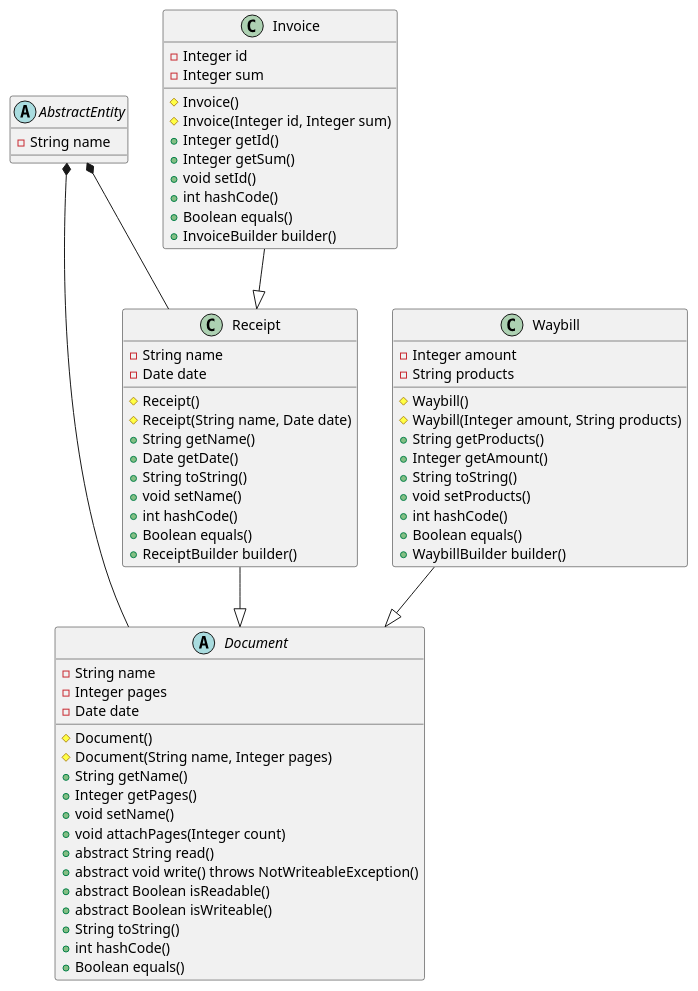
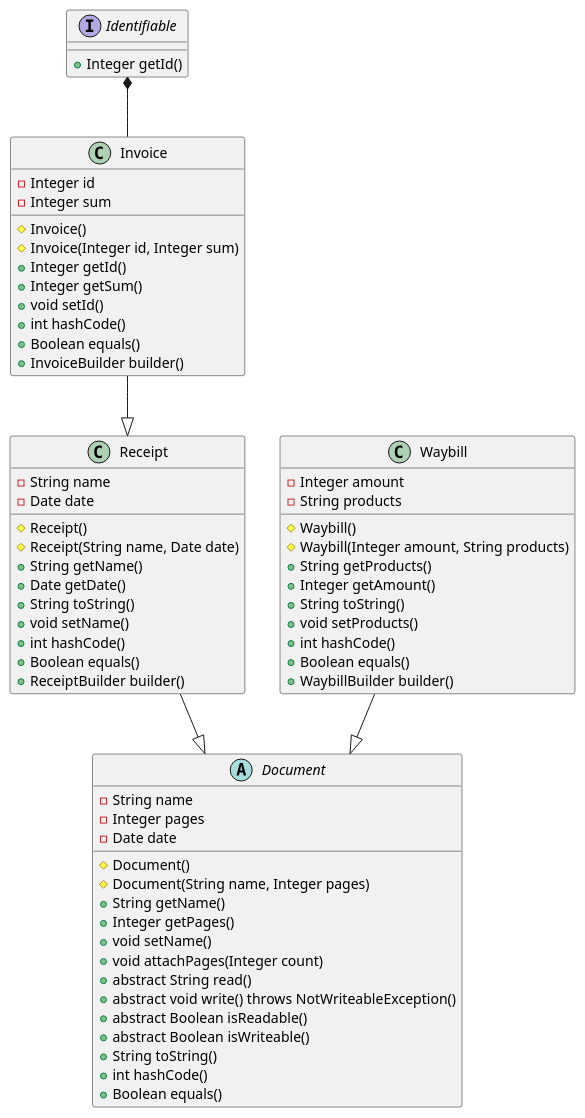
The diagram in src/week11.puml (pogozhevilya/cinema_proj), drawn with PlantUML before and after one commit.

Commit message:
added changes for uml-diagrams

```diff
--- a/src/week11.puml
+++ b/src/week11.puml
@@ -1,67 +1,67 @@
 @startuml
-abstract class AbstractEntity{
-- String name
+
+interface Identifiable {
+    + Integer getId()
 }
 abstract class Document {
     - String name
     - Integer pages
     - Date date
     # Document()
     # Document(String name, Integer pages)
     + String getName()
     + Integer getPages()
     + void setName()
     + void attachPages(Integer count)
     + abstract String read()
     + abstract void write() throws NotWriteableException()
     + abstract Boolean isReadable()
     + abstract Boolean isWriteable()
     + String toString()
     + int hashCode()
     + Boolean equals()
 }
 class Waybill{
     - Integer amount
     - String products
     # Waybill()
     # Waybill(Integer amount, String products)
     + String getProducts()
     + Integer getAmount()
     + String toString()
     + void setProducts()
     + int hashCode()
     + Boolean equals()
     + WaybillBuilder builder()
 }
 class Receipt {
     - String name
     - Date date
     # Receipt()
     # Receipt(String name, Date date)
     + String getName()
     + Date getDate()
     + String toString()
     + void setName()
     + int hashCode()
     + Boolean equals()
     + ReceiptBuilder builder()
 }
 class Invoice {
     - Integer id
     - Integer sum
     # Invoice()
     # Invoice(Integer id, Integer sum)
     + Integer getId()
     + Integer getSum()
     + void setId()
     + int hashCode()
     + Boolean equals()
     + InvoiceBuilder builder()
 }
 
 Invoice --|> Receipt
 Receipt--|> Document
 Waybill --|> Document
-AbstractEntity *-- Document
-AbstractEntity *-- Receipt
+Identifiable *-- Invoice
 @enduml
```
